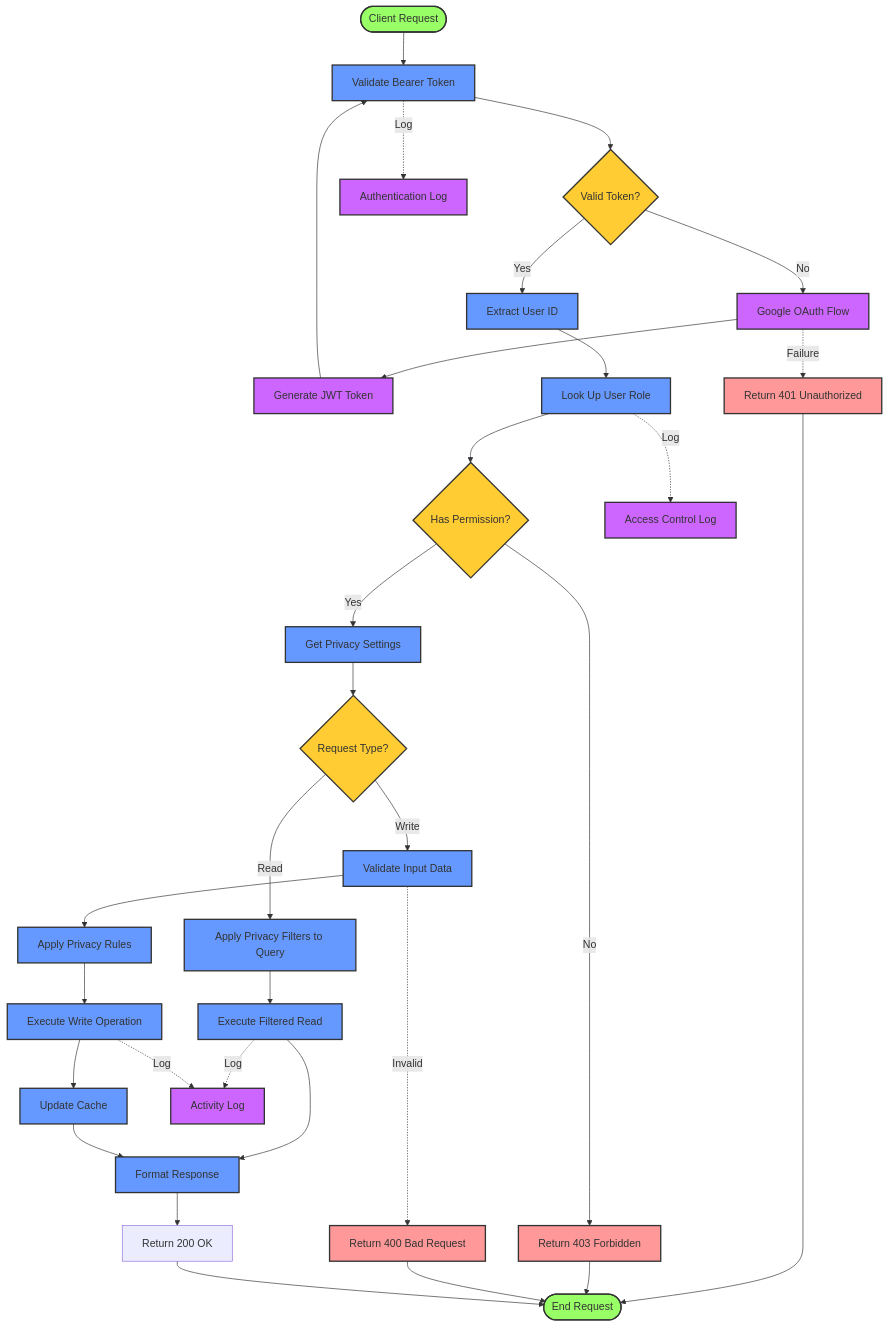
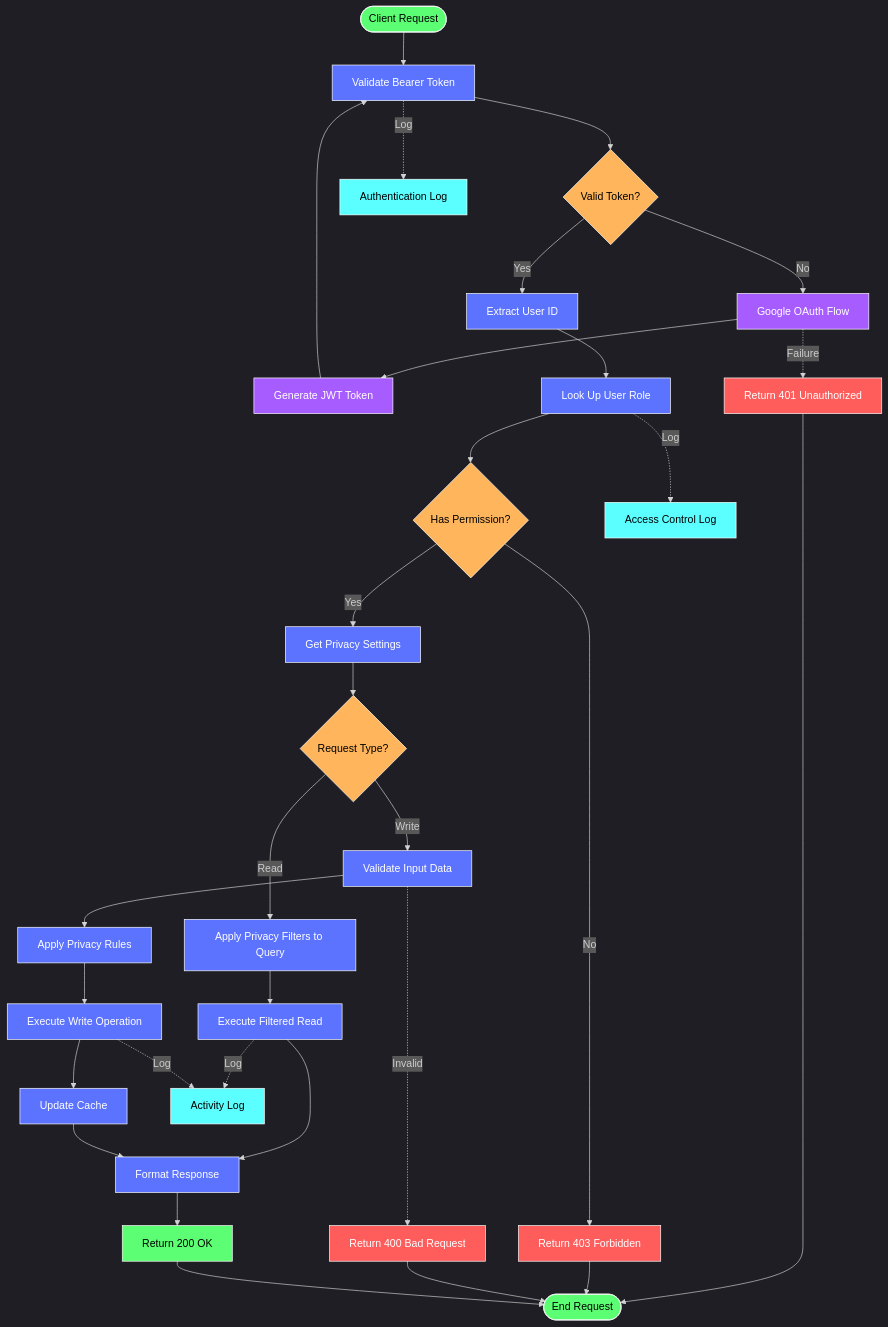
The second of 3 diagrams in README.md (jsc1989git/ipt-group2), drawn with Mermaid before and after one commit.

````diff
--- a/README.md
+++ b/README.md
@@ -159,57 +159,59 @@
 ```mermaid
-  flowchart TD
+  %%{init: {'theme': 'dark'}}%%
+flowchart TD
     Start([Client Request]) --> TokenValidation[Validate Bearer Token]
     TokenValidation --> AuthCheck{Valid Token?}
     
     AuthCheck -->|No| OAuthFlow[Google OAuth Flow]
     OAuthFlow --> TokenGeneration[Generate JWT Token]
     TokenGeneration --> TokenValidation
     
     AuthCheck -->|Yes| ExtractUserID[Extract User ID]
     ExtractUserID --> RoleLookup[Look Up User Role]
     RoleLookup --> RoleCheck{Has Permission?}
     
     RoleCheck -->|No| Forbidden[Return 403 Forbidden]
     
     RoleCheck -->|Yes| PrivacyCheck[Get Privacy Settings]
     PrivacyCheck --> RequestType{Request Type?}
     
     RequestType -->|Read| FilterQuery[Apply Privacy Filters to Query]
     FilterQuery --> ExecuteRead[Execute Filtered Read]
     ExecuteRead --> FormatResponse[Format Response]
     
     RequestType -->|Write| ValidateInput[Validate Input Data]
     ValidateInput --> ApplyPrivacy[Apply Privacy Rules]
     ApplyPrivacy --> ExecuteWrite[Execute Write Operation]
     ExecuteWrite --> CacheUpdate[Update Cache]
     CacheUpdate --> FormatResponse
     
     OAuthFlow -.->|Failure| AuthFailed[Return 401 Unauthorized]
     ValidateInput -.->|Invalid| BadRequest[Return 400 Bad Request]
     
     FormatResponse --> Success[Return 200 OK]
     
     AuthFailed --> End([End Request])
     Forbidden --> End
     BadRequest --> End
     Success --> End
     
     %% Logging flows
     TokenValidation -.->|Log| AuthLog[Authentication Log]
     RoleLookup -.->|Log| AccessLog[Access Control Log]
     ExecuteRead -.->|Log| ActivityLog[Activity Log]
     ExecuteWrite -.->|Log| ActivityLog
     
-    classDef green fill:#9f6,stroke:#333,stroke-width:2px;
-    classDef red fill:#f99,stroke:#333,stroke-width:2px;
-    classDef blue fill:#69f,stroke:#333,stroke-width:2px;
-    classDef orange fill:#fc3,stroke:#333,stroke-width:2px;
-    classDef purple fill:#c6f,stroke:#333,stroke-width:2px;
+    classDef start fill:#5cff73,stroke:#ffffff,stroke-width:1px,color:#000000
+    classDef process fill:#5c73ff,stroke:#ffffff,stroke-width:1px,color:#ffffff
+    classDef decision fill:#ffb55c,stroke:#ffffff,stroke-width:1px,color:#000000
+    classDef error fill:#ff5c5c,stroke:#ffffff,stroke-width:1px,color:#ffffff
+    classDef auth fill:#a75cff,stroke:#ffffff,stroke-width:1px,color:#ffffff
+    classDef log fill:#5cffff,stroke:#ffffff,stroke-width:1px,color:#000000
     
-    class Start,End green
-    class TokenValidation,ExtractUserID,RoleLookup,PrivacyCheck,FilterQuery,ExecuteRead,ValidateInput,ApplyPrivacy,ExecuteWrite,CacheUpdate,FormatResponse blue
-    class AuthCheck,RoleCheck,RequestType orange
-    class AuthFailed,Forbidden,BadRequest red
-    class OAuthFlow,TokenGeneration purple
-    class AuthLog,AccessLog,ActivityLog purple
+    class Start,End,Success start
+    class TokenValidation,ExtractUserID,RoleLookup,PrivacyCheck,FilterQuery,ExecuteRead,ValidateInput,ApplyPrivacy,ExecuteWrite,CacheUpdate,FormatResponse process
+    class AuthCheck,RoleCheck,RequestType decision
+    class AuthFailed,Forbidden,BadRequest error
+    class OAuthFlow,TokenGeneration auth
+    class AuthLog,AccessLog,ActivityLog log
 ```
````
